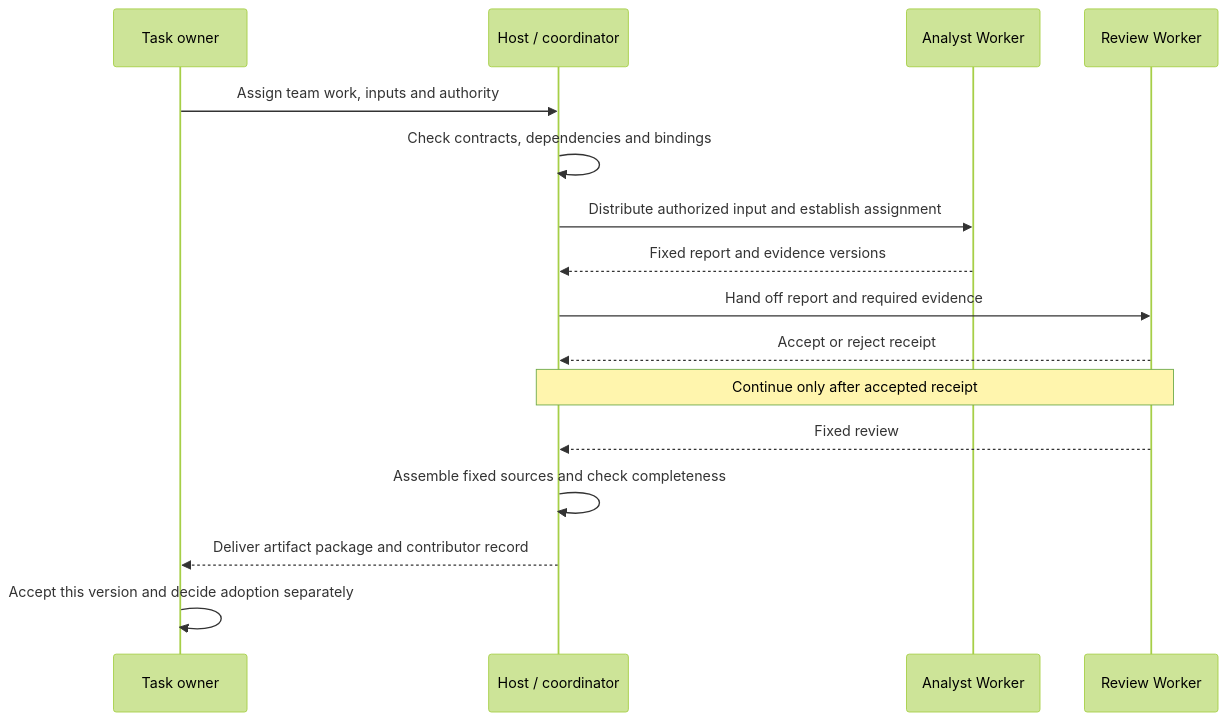
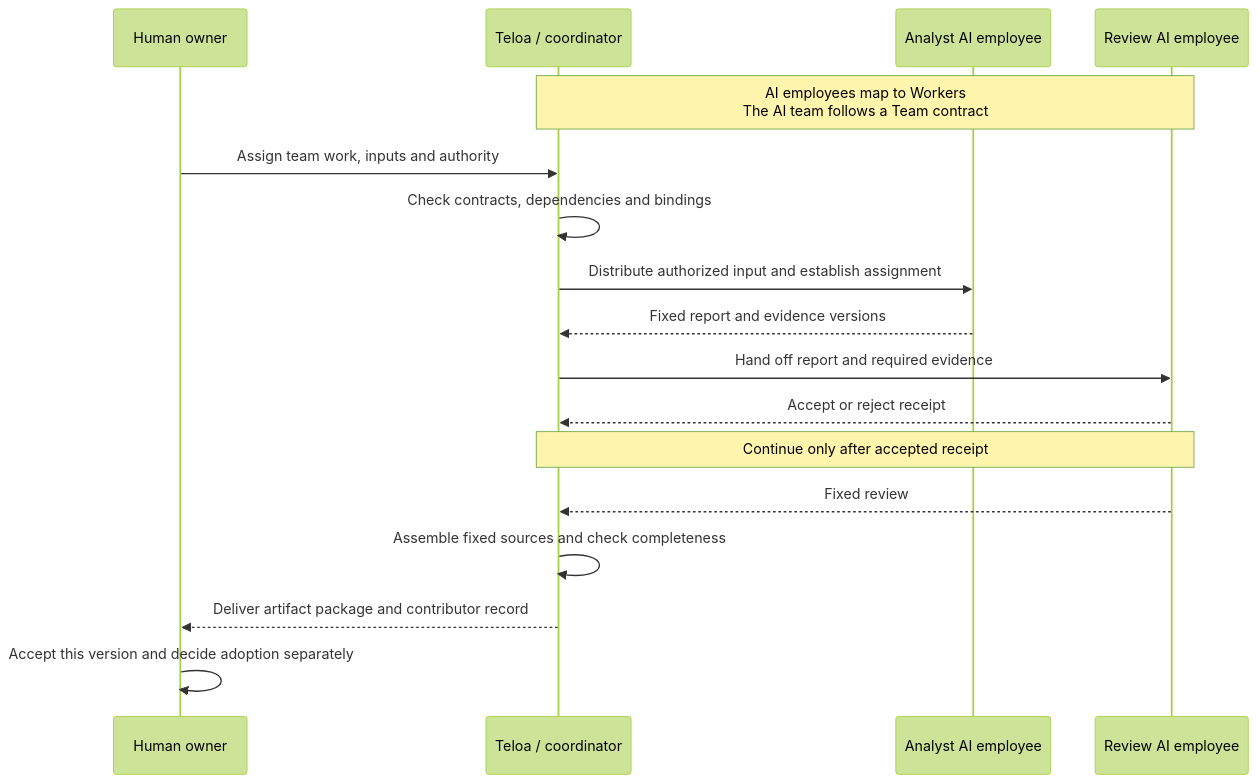
Before and after one commit to teloa-ai/ai-worker-standard: the diagram in diagrams/en/delivery.mmd, drawn with Mermaid (forest theme). The commit also changed 29 other files, not shown here.

Commit message:
docs: connect AI employee product concepts to AI Worker diagrams

```diff
--- a/diagrams/en/delivery.mmd
+++ b/diagrams/en/delivery.mmd
@@ -1,16 +1,17 @@
 sequenceDiagram
-    participant O as Task owner
-    participant H as Host / coordinator
-    participant A as Analyst Worker
-    participant Q as Review Worker
+    participant O as Human owner
+    participant H as Teloa / coordinator
+    participant A as Analyst AI employee
+    participant Q as Review AI employee
+    Note over H,Q: AI employees map to Workers<br/>The AI team follows a Team contract
     O->>H: Assign team work, inputs and authority
     H->>H: Check contracts, dependencies and bindings
     H->>A: Distribute authorized input and establish assignment
     A-->>H: Fixed report and evidence versions
     H->>Q: Hand off report and required evidence
     Q-->>H: Accept or reject receipt
     Note over H,Q: Continue only after accepted receipt
     Q-->>H: Fixed review
     H->>H: Assemble fixed sources and check completeness
     H-->>O: Deliver artifact package and contributor record
     O->>O: Accept this version and decide adoption separately
```
